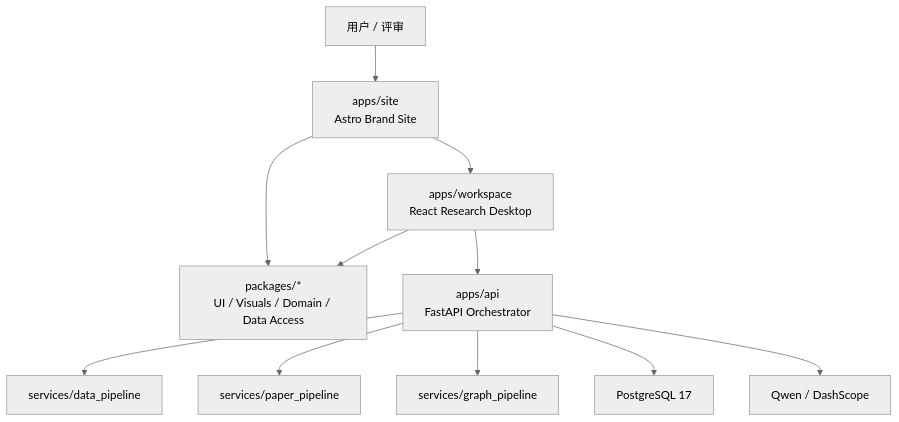
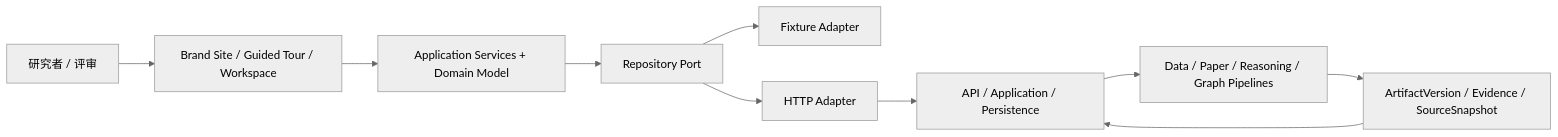
The diagram in DESIGN.md (zyyyyynnn/xingwen-astro-ai), drawn with Mermaid (neutral theme) before and after one commit. The commit also changed other lines of this file and 21 other files, not shown here.

````diff
--- a/DESIGN.md
+++ b/DESIGN.md
@@ -197,24 +54,22 @@
 ```mermaid
-flowchart TB
-  User["用户 / 评审"]
-  Site["apps/site\nAstro Brand Site"]
-  Workspace["apps/workspace\nReact Research Desktop"]
-  Shared["packages/*\nUI / Visuals / Domain / Data Access"]
-  API["apps/api\nFastAPI Orchestrator"]
-  Data["services/data_pipeline"]
-  Paper["services/paper_pipeline"]
-  Reason["services/graph_pipeline"]
-  DB["PostgreSQL 17"]
-  Qwen["Qwen / DashScope"]
+flowchart LR
+  User["研究者 / 评审"]
+  Experience["Brand Site / Guided Tour / Workspace"]
+  App["Application Services + Domain Model"]
+  Port["Repository Port"]
+  Fixture["Fixture Adapter"]
+  Http["HTTP Adapter"]
+  Api["API / Application / Persistence"]
+  Pipelines["Data / Paper / Reasoning / Graph Pipelines"]
+  Versions["ArtifactVersion / Evidence / SourceSnapshot"]
 
-  User --> Site
-  Site --> Workspace
-  Site --> Shared
-  Workspace --> Shared
-  Workspace --> API
-  API --> Data
-  API --> Paper
-  API --> Reason
-  API --> DB
-  API --> Qwen
+  User --> Experience
+  Experience --> App
+  App --> Port
+  Port --> Fixture
+  Port --> Http
+  Http --> Api
+  Api --> Pipelines
+  Pipelines --> Versions
+  Versions --> Api
 ```
````
